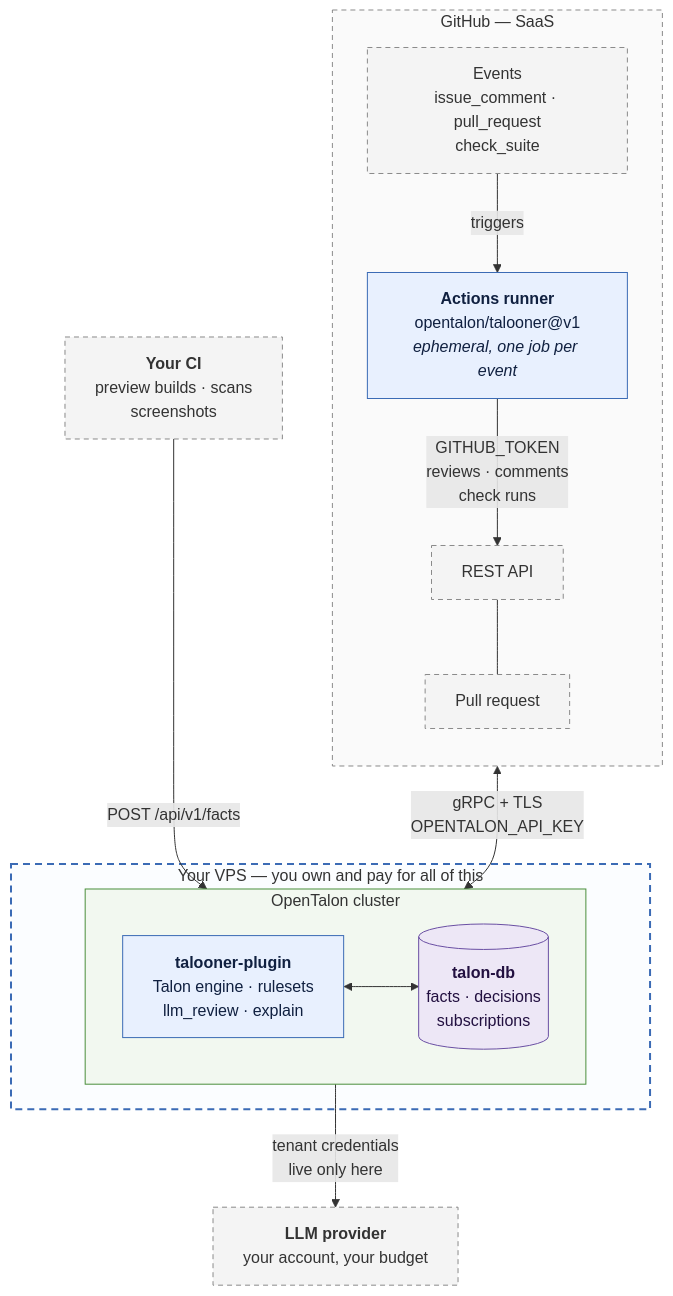
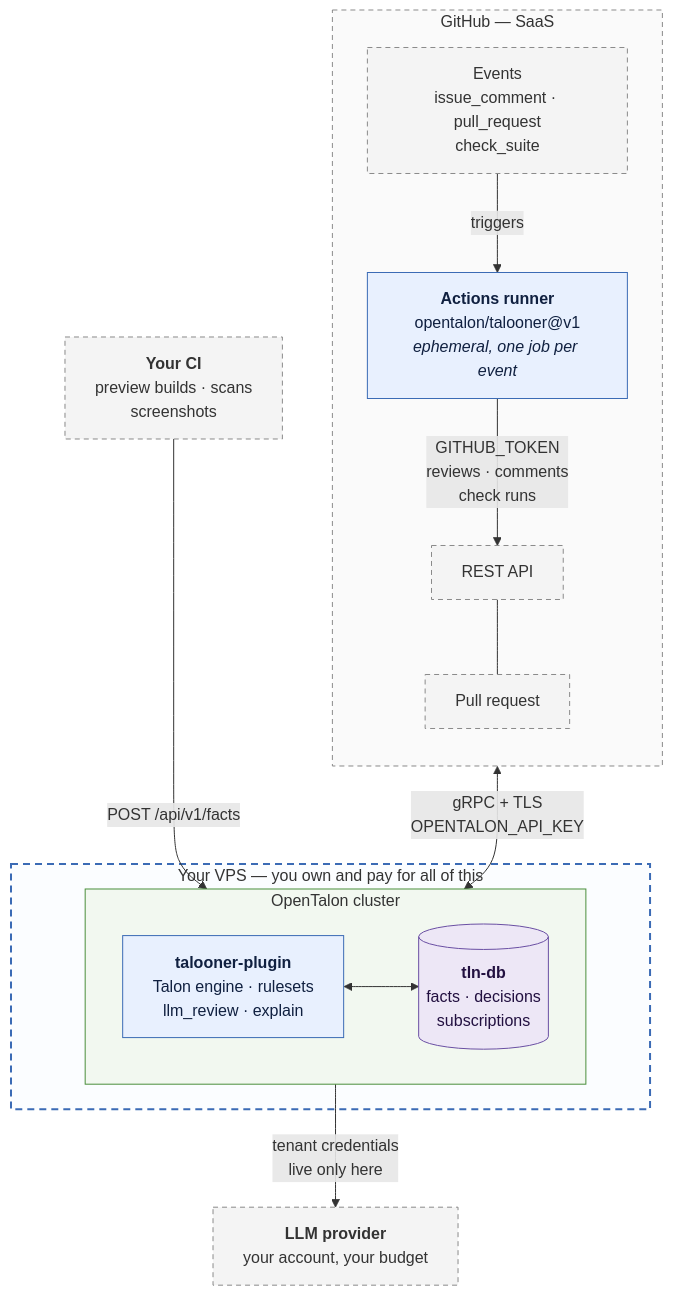
Before and after one commit to opentalon/talooner: the second of 10 diagrams in docs/diagrams.md, drawn with Mermaid. The commit also changed other lines of this file and 4 other files, not shown here.

Commit message:
Fix stale talon-language/talon-db repo names to tln-language/tln-db

````diff
--- a/docs/diagrams.md
+++ b/docs/diagrams.md
@@ -102,40 +102,40 @@
 ```mermaid
 flowchart TB
     subgraph GH["GitHub — SaaS"]
         direction TB
         EV["Events<br/>issue_comment · pull_request<br/>check_suite"]
         RUN["<b>Actions runner</b><br/>opentalon/talooner@v1<br/><i>ephemeral, one job per event</i>"]
         GAPI["REST API"]
         PR["Pull request"]
         EV -->|"triggers"| RUN
         GAPI --- PR
     end
 
     CI["<b>Your CI</b><br/>preview builds · scans<br/>screenshots"]
 
     subgraph VPS["Your VPS — you own and pay for all of this"]
         subgraph CLUSTER["OpenTalon cluster"]
             direction LR
             PLUGIN["<b>talooner-plugin</b><br/>Talon engine · rulesets<br/>llm_review · explain"]
-            DB[("<b>talon-db</b><br/>facts · decisions<br/>subscriptions")]
+            DB[("<b>tln-db</b><br/>facts · decisions<br/>subscriptions")]
             PLUGIN <--> DB
         end
     end
 
     LLM["<b>LLM provider</b><br/>your account, your budget"]
 
     RUN <-->|"gRPC + TLS<br/>OPENTALON_API_KEY"| PLUGIN
     RUN -->|"GITHUB_TOKEN<br/>reviews · comments<br/>check runs"| GAPI
     CI -->|"POST /api/v1/facts"| PLUGIN
     PLUGIN -->|"tenant credentials<br/>live only here"| LLM
 
     classDef ext fill:#f4f4f4,stroke:#8a8a8a,stroke-dasharray:5 4,color:#333
     classDef own fill:#e8f0fe,stroke:#3b6bb5,color:#102040
     classDef store fill:#ede7f6,stroke:#6a4fa3,color:#221040
     class EV,GAPI,PR,LLM,CI ext
     class RUN,PLUGIN own
     class DB store
     style VPS fill:#fbfdff,stroke:#3b6bb5,stroke-width:2px,stroke-dasharray:7 5
     style CLUSTER fill:#f2f8f0,stroke:#4a8f3c
     style GH fill:#fafafa,stroke:#8a8a8a,stroke-dasharray:5 4
 ```
````
